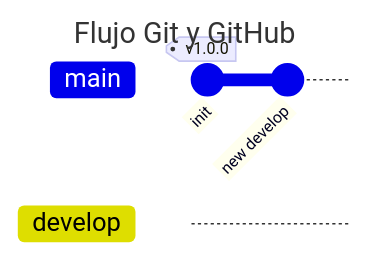
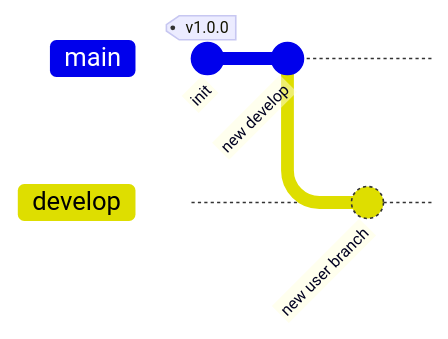
The second of 2 diagrams in README.md (TheNefelin/BootcApp), drawn with Mermaid before and after one commit. The commit also changed other lines of this file and 1 other file, not shown here.

Commit message:
Security in Grade List

````diff
--- a/README.md
+++ b/README.md
@@ -25,9 +26,8 @@
 ```mermaid
----
-title: Flujo Git y GitHub
----
 gitGraph
-  commit id: "init" tag: "v1.0.0"
-  commit id: "new develop"
-  branch develop
+    commit id: "init" tag: "v1.0.0"
+    commit id: "new develop"
+    branch develop
+    checkout develop
+    commit id: "new user branch"
 ```
````
